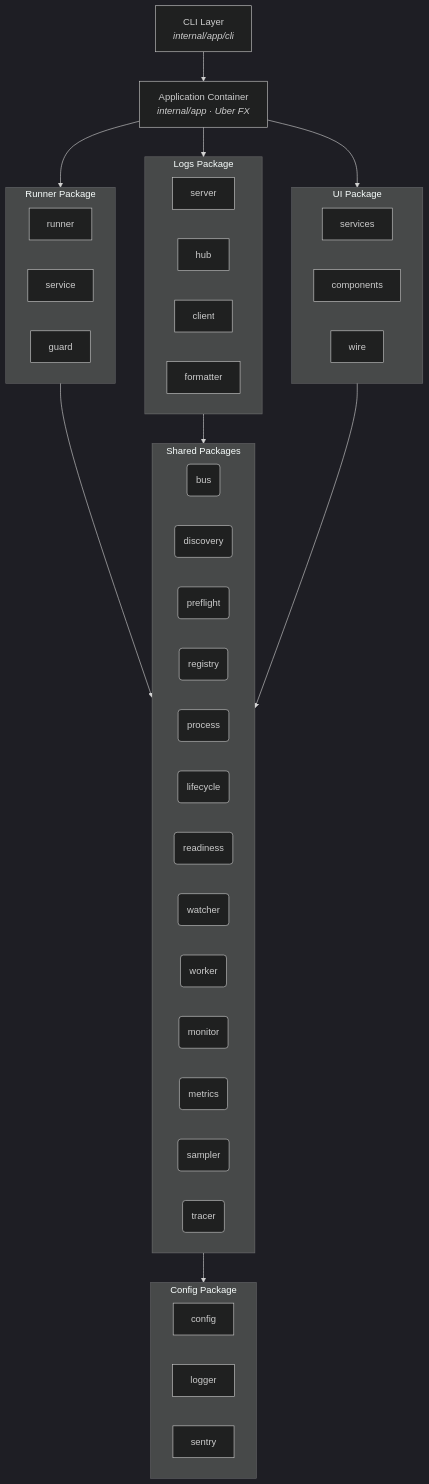
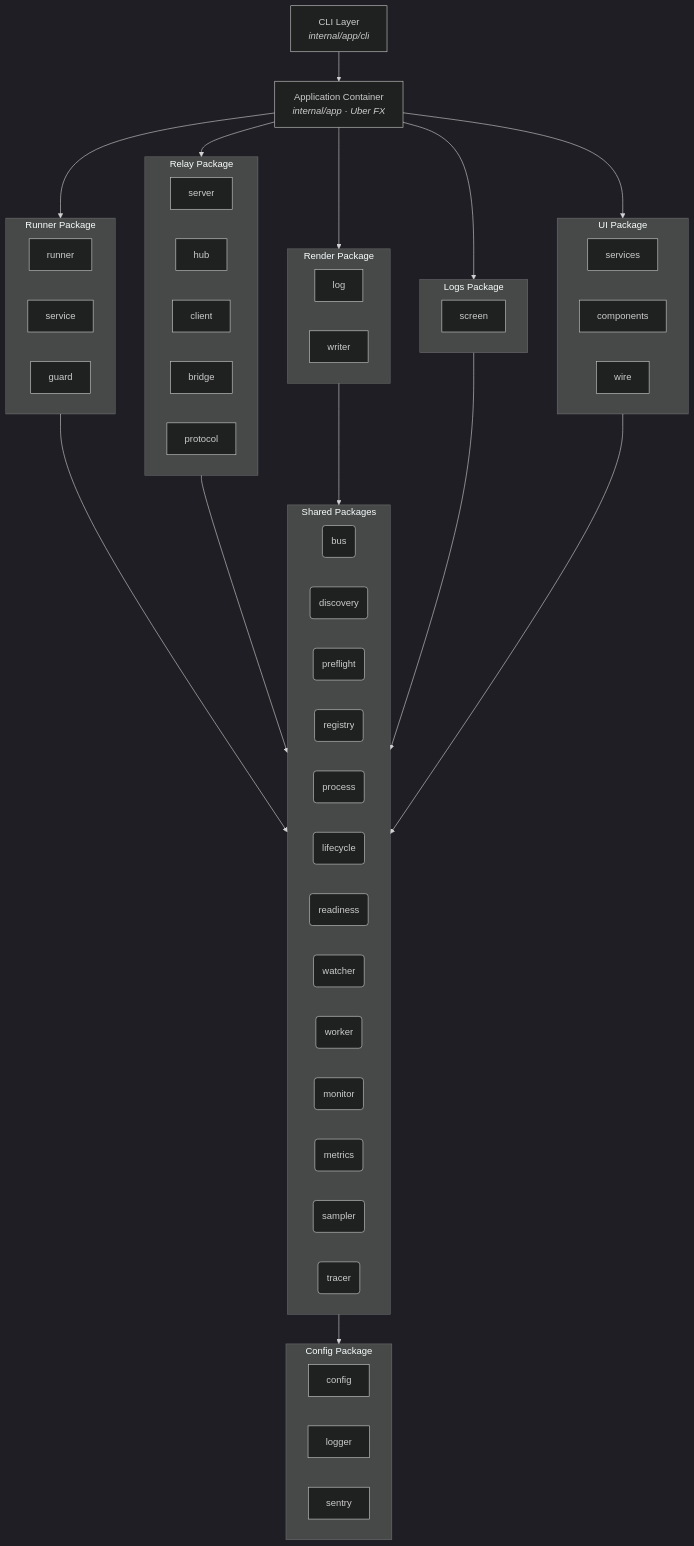
One commit to tab/fuku changed the first of 7 diagrams in ARCHITECTURE.md. Above: the diagram before and after it, drawn with Mermaid (dark theme). The commit also changed other lines of this file and 9 other files, not shown here.

````diff
--- a/ARCHITECTURE.md
+++ b/ARCHITECTURE.md
@@ -13,45 +13,59 @@
 ```mermaid
 graph TD
     CLI["CLI Layer<br><i>internal/app/cli</i>"]
     APP["Application Container<br><i>internal/app · Uber FX</i>"]
 
     CLI --> APP
 
     APP --> Runner
+    APP --> Relay
+    APP --> Render
     APP --> Logs
     APP --> UI
 
     subgraph Runner["Runner Package"]
         direction LR
         runner & service & guard
     end
 
+    subgraph Relay["Relay Package"]
+        direction LR
+        server & hub & client & bridge & protocol
+    end
+
+    subgraph Render["Render Package"]
+        direction LR
+        log & writer
+    end
+
     subgraph Logs["Logs Package"]
         direction LR
-        server & hub & client & formatter
+        screen
     end
 
     subgraph UI["UI Package"]
         direction LR
         services & components & wire
     end
 
     Runner --> Shared
+    Relay --> Shared
+    Render --> Shared
     Logs --> Shared
     UI --> Shared
 
     subgraph Shared["Shared Packages"]
         direction LR
         bus("bus") & discovery("discovery") & preflight("preflight") & registry("registry")
         process("process") & lifecycle("lifecycle") & readiness("readiness") & watcher("watcher")
         worker("worker") & monitor("monitor") & metrics("metrics") & sampler("sampler")
         tracer("tracer")
     end
 
     Shared --> Config
 
     subgraph Config["Config Package"]
         direction LR
         config & logger & sentry
     end
 ```
````
